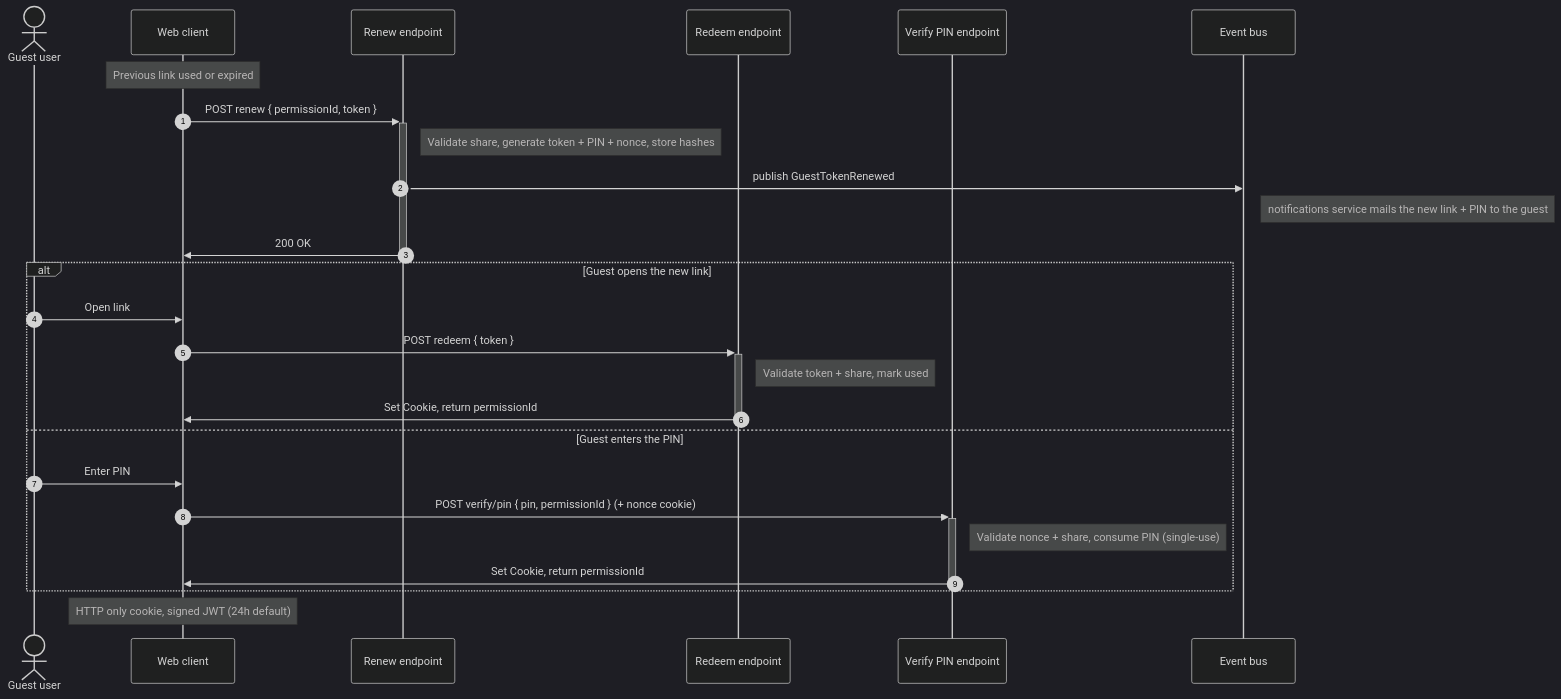
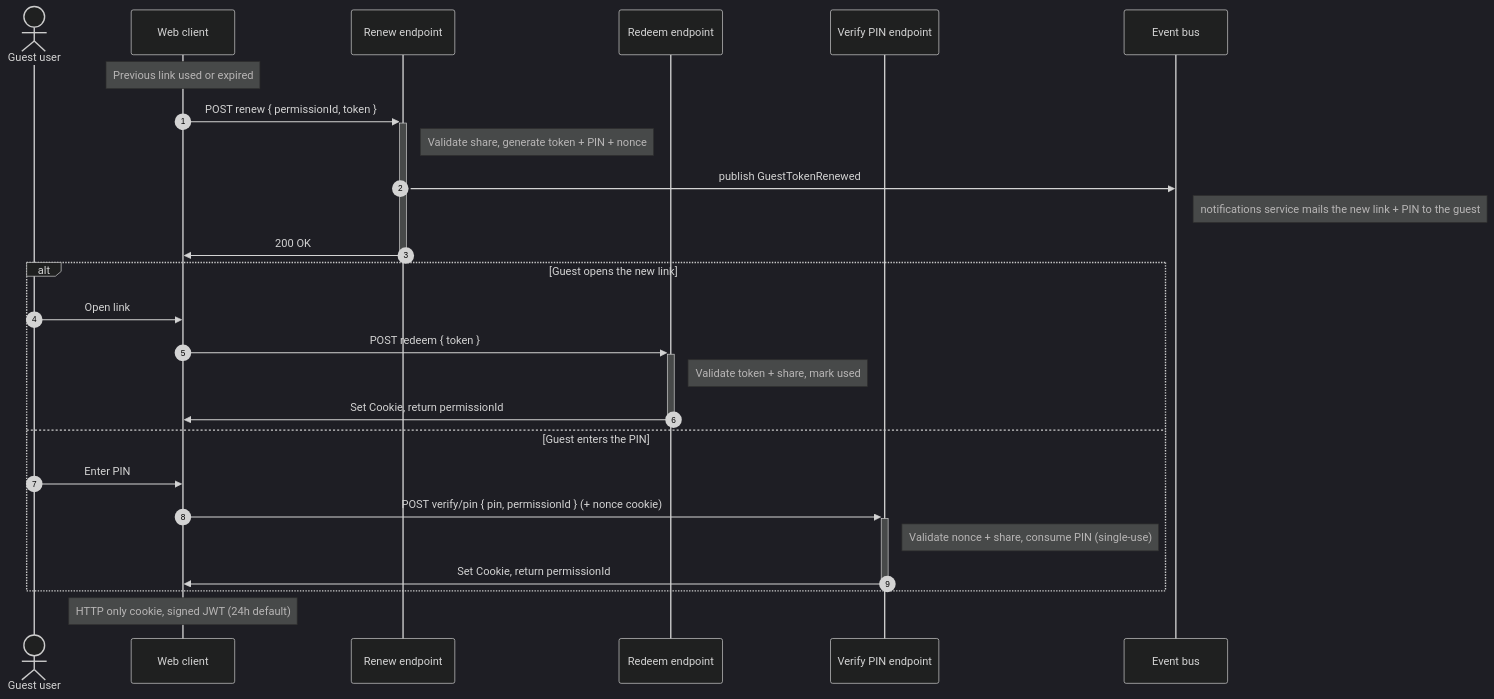
The second of 2 diagrams in services/auth-guest/README.md (rhafer/opencloud), drawn with Mermaid (dark theme) before and after one commit. The commit also changed other lines of this file, not shown here.

````diff
--- a/services/auth-guest/README.md
+++ b/services/auth-guest/README.md
@@ -123,30 +123,30 @@
 ```mermaid
 sequenceDiagram
     autonumber
     actor User as Guest user
     participant Web as Web client
     participant Renew as Renew endpoint
     participant Redeem as Redeem endpoint
     participant Pin as Verify PIN endpoint
     participant Bus as Event bus
 
     Note over Web: Previous link used or expired
     Web->>+Renew: POST renew { permissionId, token }
-    Note right of Renew: Validate share, generate token + PIN + nonce, store hashes
+    Note right of Renew: Validate share, generate token + PIN + nonce
     Renew->>Bus: publish GuestTokenRenewed
     Note right of Bus: notifications service mails the new link + PIN to the guest
     Renew->>-Web: 200 OK
 
     alt Guest opens the new link
         User->>Web: Open link
         Web->>+Redeem: POST redeem { token }
         Note right of Redeem: Validate token + share, mark used
         Redeem->>-Web: Set Cookie, return permissionId
     else Guest enters the PIN
         User->>Web: Enter PIN
         Web->>+Pin: POST verify/pin { pin, permissionId } (+ nonce cookie)
         Note right of Pin: Validate nonce + share, consume PIN (single-use)
         Pin->>-Web: Set Cookie, return permissionId
     end
     Note over Web: HTTP only cookie, signed JWT (24h default)
 ```
````
